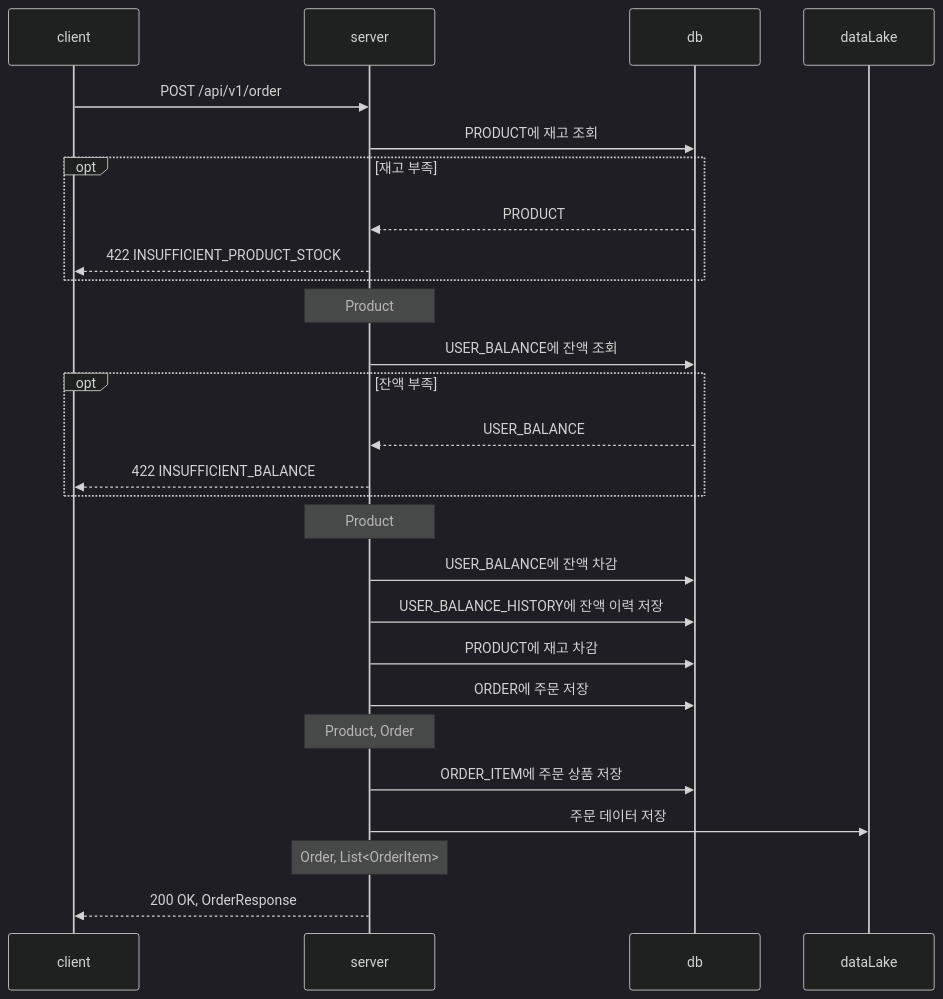
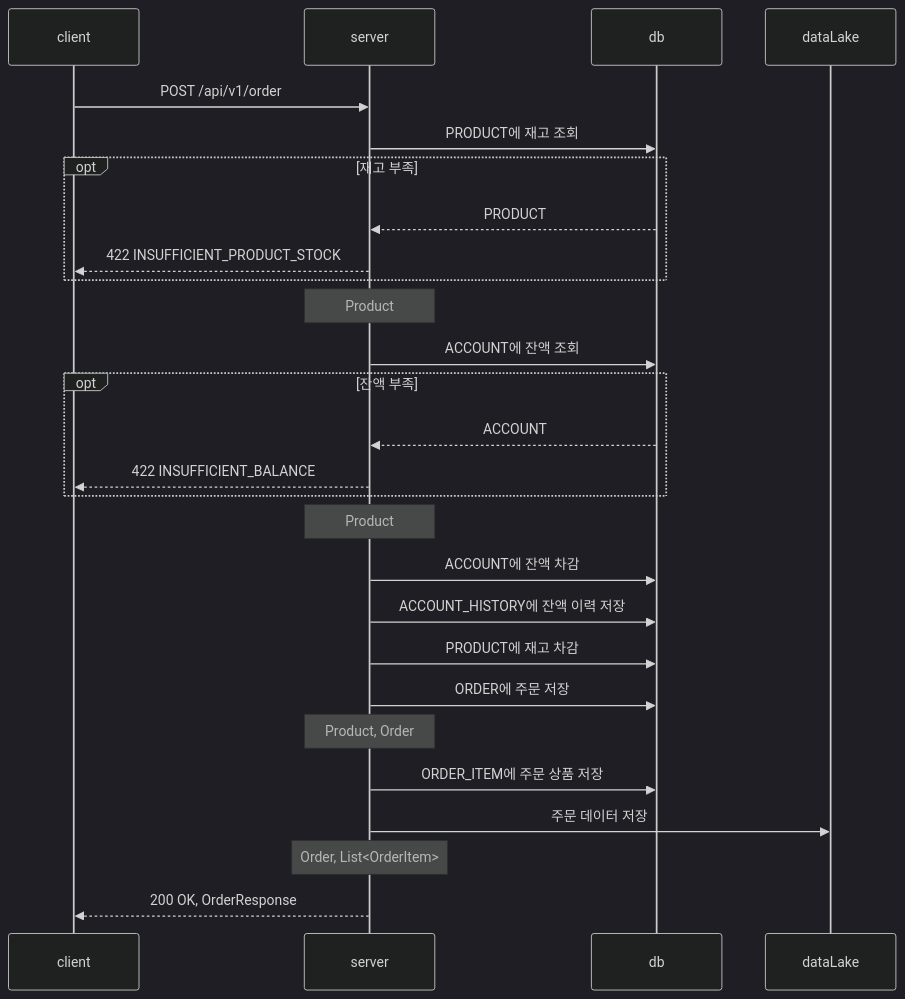
The first of 4 diagrams in docs/api/orders.md (newbieJanghan/hh_plus_server), drawn with Mermaid (dark theme) before and after one commit. The commit also changed 5 other files, not shown here.

````diff
--- a/docs/api/orders.md
+++ b/docs/api/orders.md
@@ -104,30 +104,30 @@
 ```mermaid
 sequenceDiagram
     participant client
     participant server
     participant db
 
 #
     client ->> server: POST /api/v1/order
     server ->> db: PRODUCT에 재고 조회
     opt 재고 부족
         db -->> server: PRODUCT
         server -->> client: 422 INSUFFICIENT_PRODUCT_STOCK
     end
     note over server: Product
-    server ->> db: USER_BALANCE에 잔액 조회
+    server ->> db: ACCOUNT에 잔액 조회
     opt 잔액 부족
-        db -->> server: USER_BALANCE
+        db -->> server: ACCOUNT
         server -->> client: 422 INSUFFICIENT_BALANCE
     end
     note over server: Product
-    server ->> db: USER_BALANCE에 잔액 차감
-    server ->> db: USER_BALANCE_HISTORY에 잔액 이력 저장
+    server ->> db: ACCOUNT에 잔액 차감
+    server ->> db: ACCOUNT_HISTORY에 잔액 이력 저장
     server ->> db: PRODUCT에 재고 차감
     server ->> db: ORDER에 주문 저장
     note over server: Product, Order
     server ->> db: ORDER_ITEM에 주문 상품 저장
     server ->> dataLake: 주문 데이터 저장
     note over server: Order, List<OrderItem>
     server -->> client: 200 OK, OrderResponse
 ```
````
